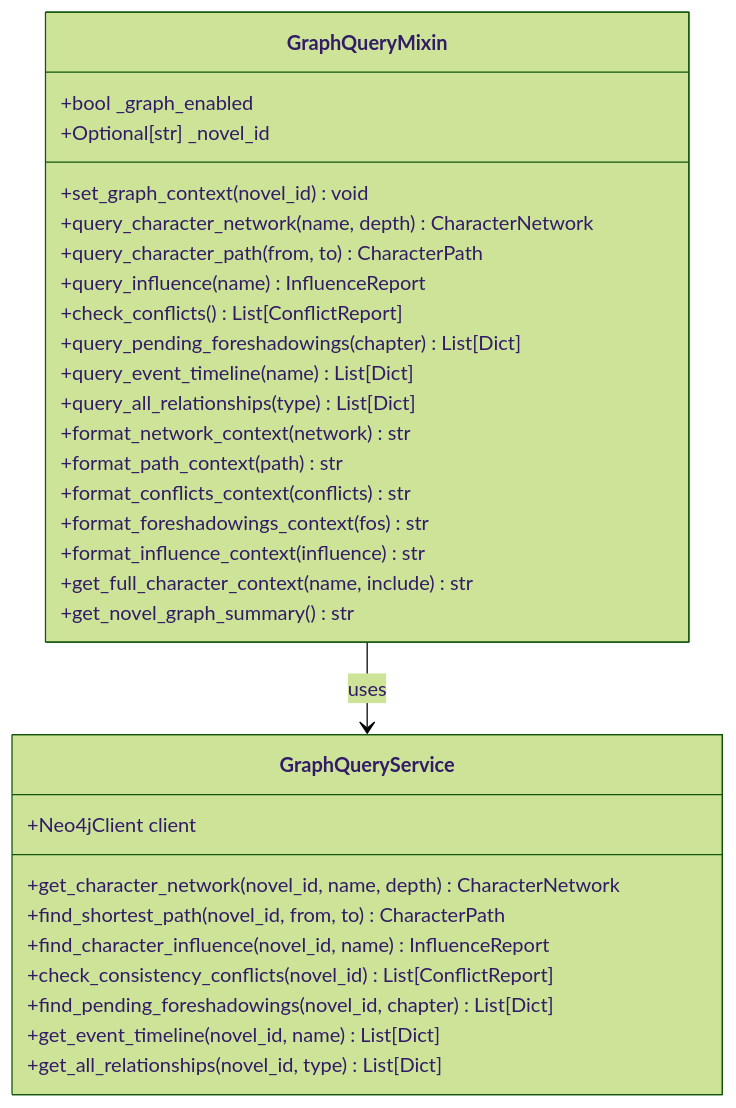
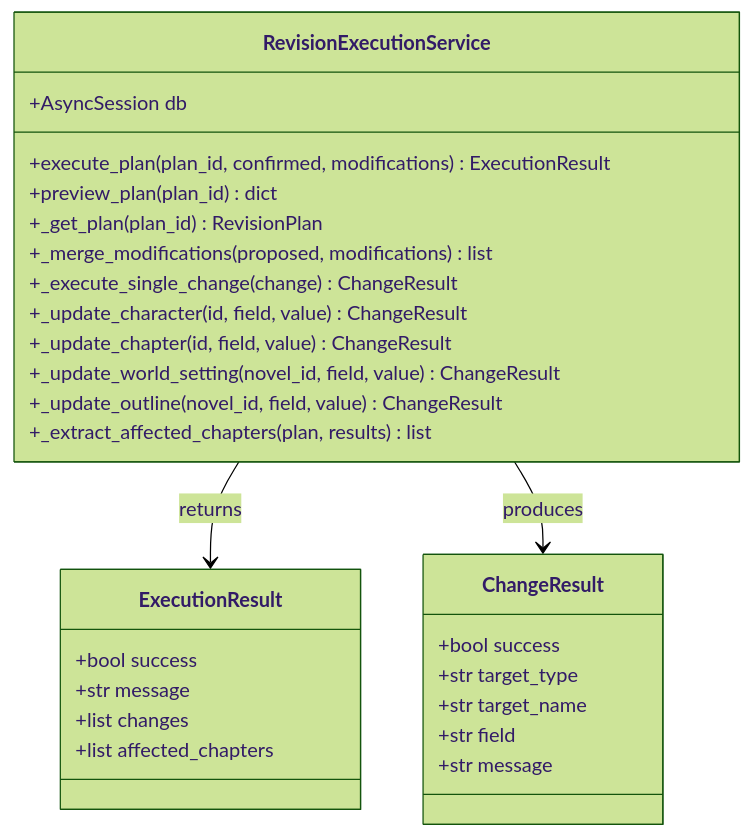
One commit to xfbyxq/ai-novel-system changed diagram 22 of 30 in .qoder/repowiki/zh/content/Ai Chat Service.md. Above: the diagram before and after it, drawn with Mermaid (forest theme). The commit also changed other lines of this file and 8 other files, not shown here.

````diff
--- a/.qoder/repowiki/zh/content/Ai Chat Service.md
+++ b/.qoder/repowiki/zh/content/Ai Chat Service.md
@@ -706,33 +877,31 @@
 ```mermaid
 classDiagram
-class GraphQueryMixin {
-+bool _graph_enabled
-+Optional[str] _novel_id
-+set_graph_context(novel_id) void
-+query_character_network(name, depth) CharacterNetwork
-+query_character_path(from, to) CharacterPath
-+query_influence(name) InfluenceReport
-+check_conflicts() List[ConflictReport]
-+query_pending_foreshadowings(chapter) List[Dict]
-+query_event_timeline(name) List[Dict]
-+query_all_relationships(type) List[Dict]
-+format_network_context(network) str
-+format_path_context(path) str
-+format_conflicts_context(conflicts) str
-+format_foreshadowings_context(fos) str
-+format_influence_context(influence) str
-+get_full_character_context(name, include) str
-+get_novel_graph_summary() str
+class RevisionExecutionService {
++AsyncSession db
++execute_plan(plan_id, confirmed, modifications) ExecutionResult
++preview_plan(plan_id) dict
++_get_plan(plan_id) RevisionPlan
++_merge_modifications(proposed, modifications) list
++_execute_single_change(change) ChangeResult
++_update_character(id, field, value) ChangeResult
++_update_chapter(id, field, value) ChangeResult
++_update_world_setting(novel_id, field, value) ChangeResult
++_update_outline(novel_id, field, value) ChangeResult
++_extract_affected_chapters(plan, results) list
 }
-class GraphQueryService {
-+Neo4jClient client
-+get_character_network(novel_id, name, depth) CharacterNetwork
-+find_shortest_path(novel_id, from, to) CharacterPath
-+find_character_influence(novel_id, name) InfluenceReport
-+check_consistency_conflicts(novel_id) List[ConflictReport]
-+find_pending_foreshadowings(novel_id, chapter) List[Dict]
-+get_event_timeline(novel_id, name) List[Dict]
-+get_all_relationships(novel_id, type) List[Dict]
+class ExecutionResult {
++bool success
++str message
++list changes
++list affected_chapters
 }
-GraphQueryMixin --> GraphQueryService : uses
+class ChangeResult {
++bool success
++str target_type
++str target_name
++str field
++str message
+}
+RevisionExecutionService --> ExecutionResult : returns
+RevisionExecutionService --> ChangeResult : produces
 ```
````
